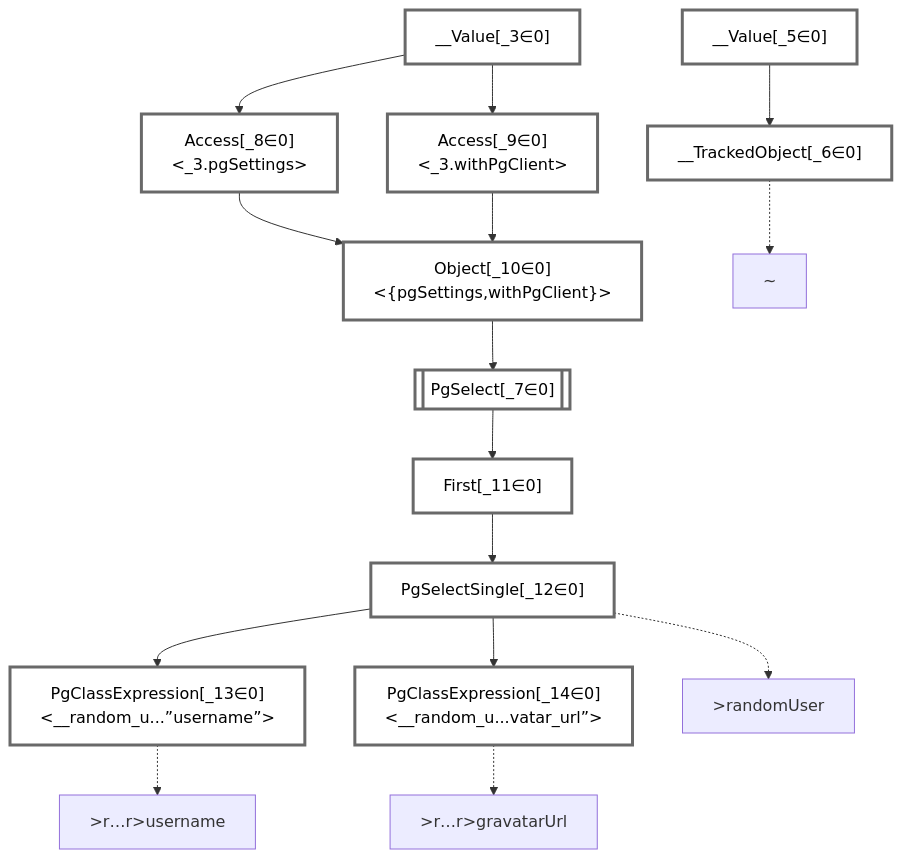
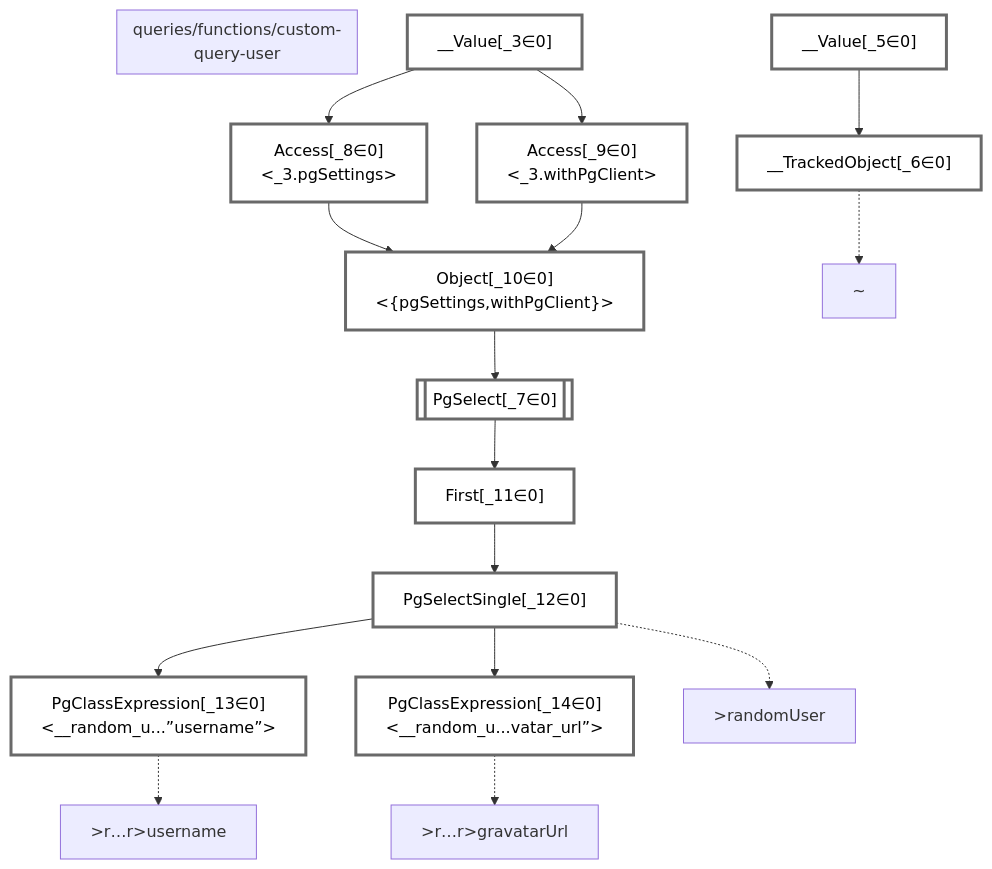
One commit to graphile/crystal changed the diagram in packages/dataplan-pg/__tests__/queries/functions/custom-query-user.deopt.mermaid.md. Above: the diagram before and after it, drawn with Mermaid. The commit also changed 195 other files, not shown here.

````diff
--- a/packages/dataplan-pg/__tests__/queries/functions/custom-query-user.deopt.mermaid.md
+++ b/packages/dataplan-pg/__tests__/queries/functions/custom-query-user.deopt.mermaid.md
@@ -1,48 +1,50 @@
 ```mermaid
 graph TD
+    subgraph "queries/functions/custom-query-user"
+    end
     classDef path fill:#eee,stroke:#000,color:#000
     classDef plan fill:#fff,stroke-width:3px,color:#000
     classDef itemplan fill:#fff,stroke-width:6px,color:#000
     classDef sideeffectplan fill:#f00,stroke-width:6px,color:#000
     classDef bucket fill:#f6f6f6,color:#000,stroke-width:6px,text-align:left
 
 
     %% define plans
     __Value_3["__Value[_3∈0]<br /><context>"]:::plan
     __Value_5["__Value[_5∈0]<br /><rootValue>"]:::plan
     __TrackedObject_6["__TrackedObject[_6∈0]"]:::plan
     PgSelect_7[["PgSelect[_7∈0]<br /><random_user>"]]:::plan
     Access_8["Access[_8∈0]<br /><_3.pgSettings>"]:::plan
     Access_9["Access[_9∈0]<br /><_3.withPgClient>"]:::plan
     Object_10["Object[_10∈0]<br /><{pgSettings,withPgClient}>"]:::plan
     First_11["First[_11∈0]"]:::plan
     PgSelectSingle_12["PgSelectSingle[_12∈0]<br /><users>"]:::plan
     PgClassExpression_13["PgClassExpression[_13∈0]<br /><__random_u...”username”>"]:::plan
     PgClassExpression_14["PgClassExpression[_14∈0]<br /><__random_u...vatar_url”>"]:::plan
 
     %% plan dependencies
     __Value_5 --> __TrackedObject_6
     Object_10 --> PgSelect_7
     __Value_3 --> Access_8
     __Value_3 --> Access_9
     Access_8 --> Object_10
     Access_9 --> Object_10
     PgSelect_7 --> First_11
     First_11 --> PgSelectSingle_12
     PgSelectSingle_12 --> PgClassExpression_13
     PgSelectSingle_12 --> PgClassExpression_14
 
     %% plan-to-path relationships
     P_6["~"]
     __TrackedObject_6 -.-> P_6
     P_12[">randomUser"]
     PgSelectSingle_12 -.-> P_12
     P_13[">r…r>username"]
     PgClassExpression_13 -.-> P_13
     P_14[">r…r>gravatarUrl"]
     PgClassExpression_14 -.-> P_14
 
     %% allocate buckets
     classDef bucket0 stroke:#696969
     class __Value_3,__Value_5,__TrackedObject_6,PgSelect_7,Access_8,Access_9,Object_10,First_11,PgSelectSingle_12,PgClassExpression_13,PgClassExpression_14 bucket0
 ```
````
